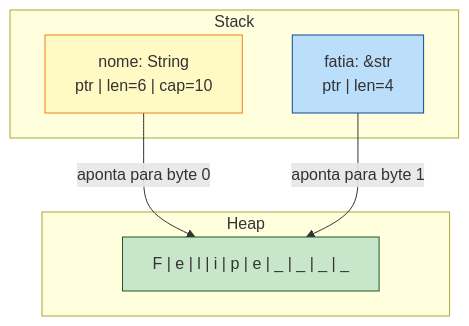
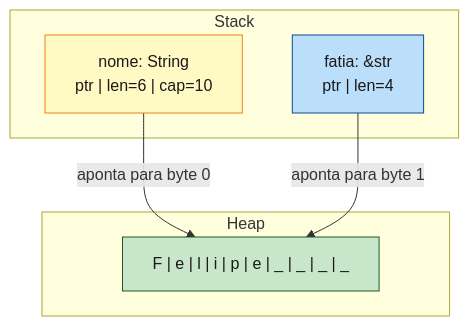
The first of 2 diagrams in book/part-02-foundations/ch07-strings.md (Felipeness/ferro-e-espirito), drawn with Mermaid before and after one commit. The commit also changed other lines of this file and 56 other files, not shown here.

First line of the commit message:
fix: contraste de texto em diagramas mermaid

````diff
--- a/book/part-02-foundations/ch07-strings.md
+++ b/book/part-02-foundations/ch07-strings.md
@@ -118,18 +118,18 @@
 ```mermaid
 graph TB
     subgraph Stack
         S1["nome: String<br/>ptr | len=6 | cap=10"]
         S2["fatia: &str<br/>ptr | len=4"]
     end
 
     subgraph Heap
         H1["F | e | l | i | p | e | _ | _ | _ | _"]
     end
 
     S1 -->|aponta para byte 0| H1
     S2 -->|aponta para byte 1| H1
 
-    style S1 fill:#fff9c4,stroke:#f57f17
-    style S2 fill:#bbdefb,stroke:#0d47a1
-    style H1 fill:#c8e6c9,stroke:#1b5e20
+    style S1 fill:#fff9c4,stroke:#f57f17,color:#1a1a1a
+    style S2 fill:#bbdefb,stroke:#0d47a1,color:#1a1a1a
+    style H1 fill:#c8e6c9,stroke:#1b5e20,color:#1a1a1a
 ```
````
